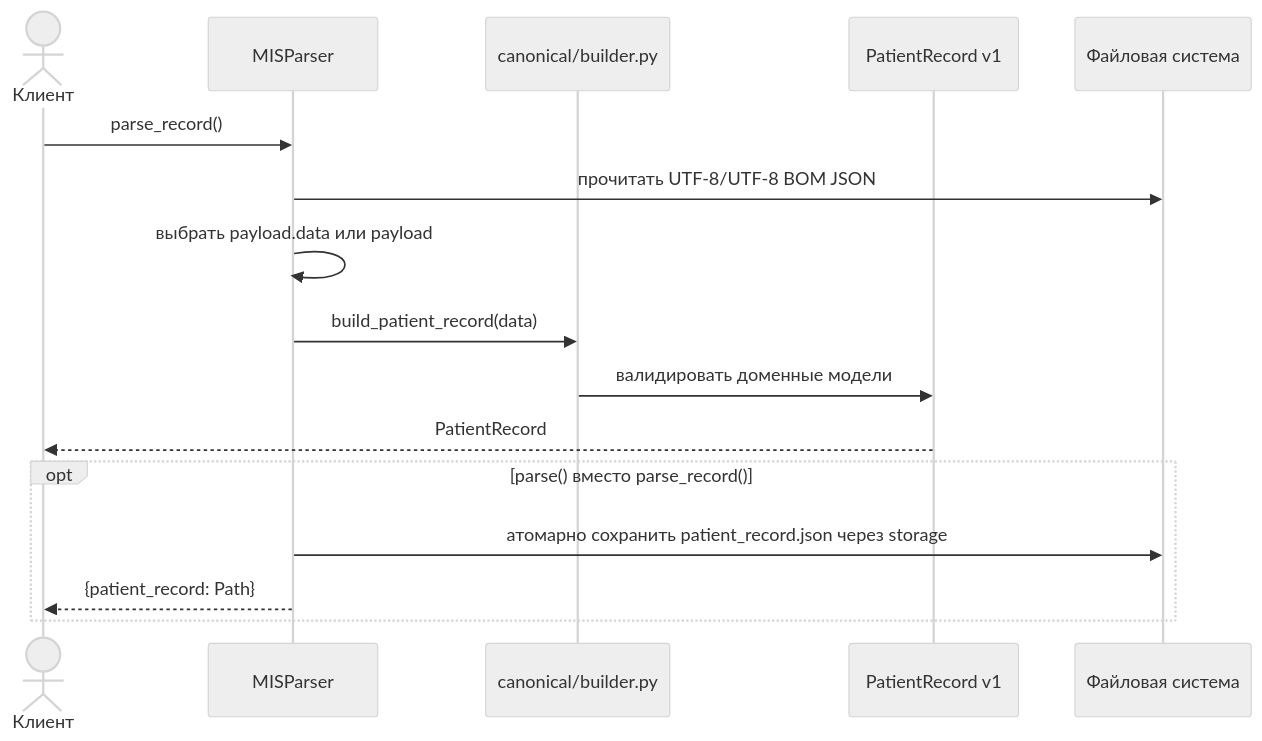
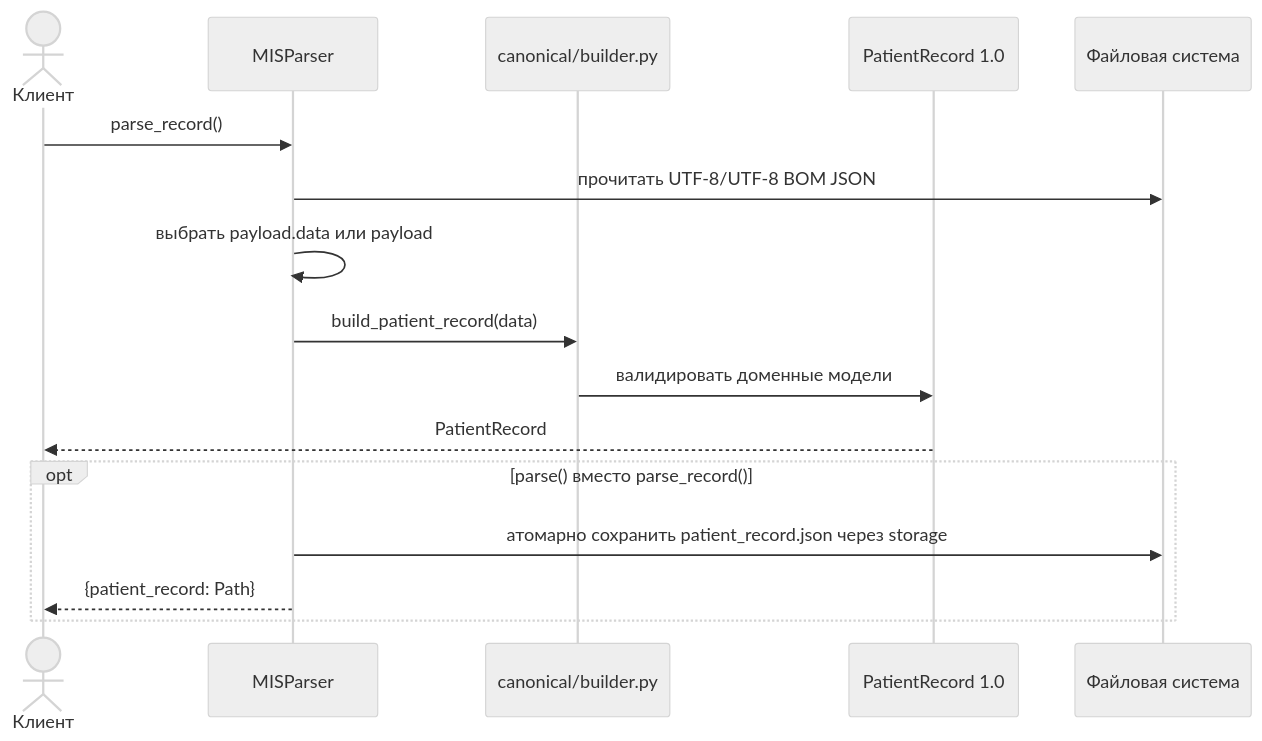
Before and after one commit to rsul07/MISDash: the diagram in docs/parser.md, drawn with Mermaid (neutral theme). The commit also changed other lines of this file and 52 other files, not shown here.

````diff
--- a/docs/parser.md
+++ b/docs/parser.md
@@ -74,20 +65,20 @@
 ```mermaid
 sequenceDiagram
     actor Client as Клиент
     participant Parser as MISParser
     participant Builder as canonical/builder.py
-    participant Contract as PatientRecord v1
+    participant Contract as PatientRecord 1.0
     participant FS as Файловая система
 
     Client->>Parser: parse_record()
     Parser->>FS: прочитать UTF-8/UTF-8 BOM JSON
     Parser->>Parser: выбрать payload.data или payload
     Parser->>Builder: build_patient_record(data)
     Builder->>Contract: валидировать доменные модели
     Contract-->>Client: PatientRecord
 
     opt parse() вместо parse_record()
         Parser->>FS: атомарно сохранить patient_record.json через storage
         Parser-->>Client: {patient_record: Path}
     end
 ```
````
